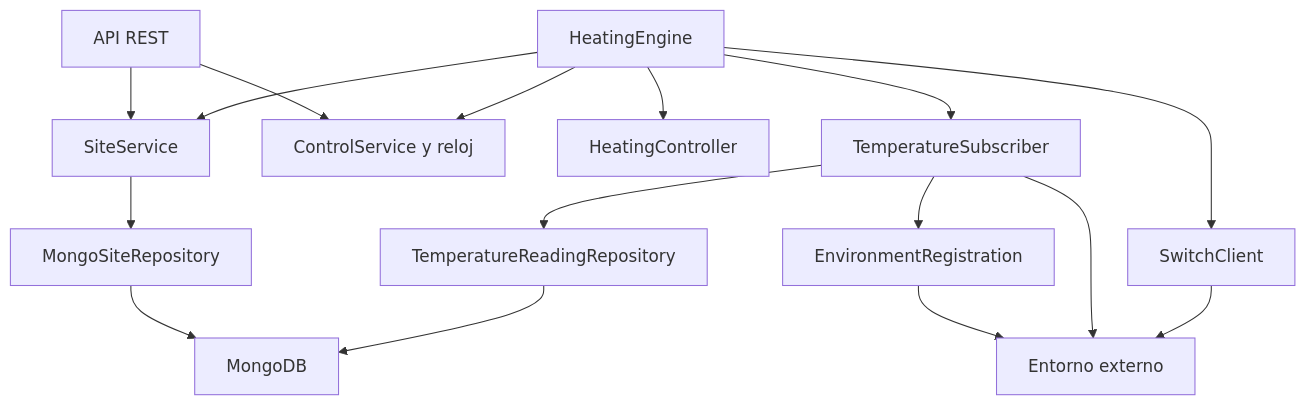
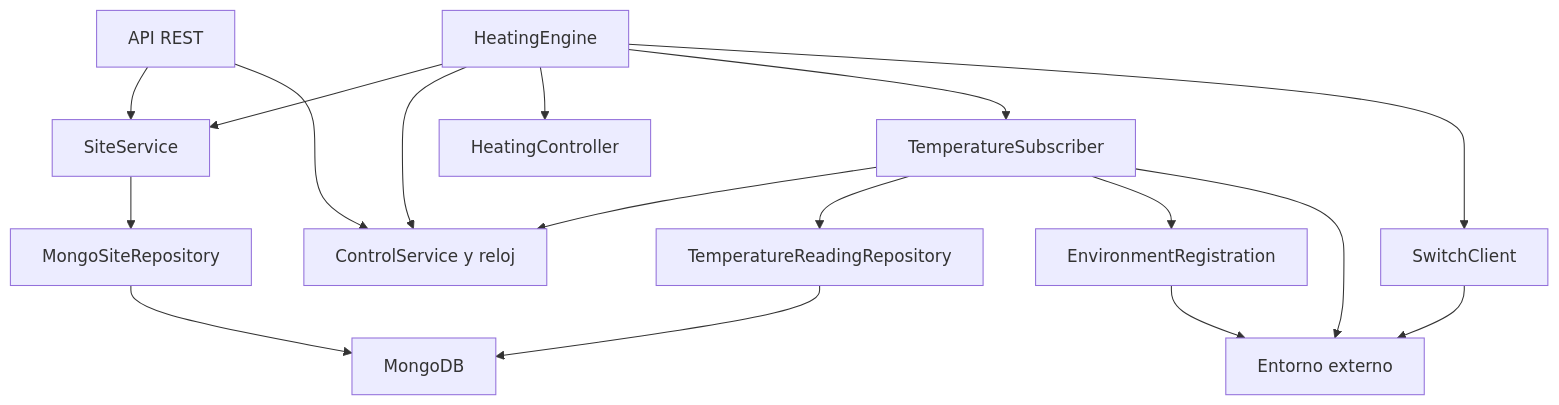
The first of 7 diagrams in docs/arquitectura/4mas1.md (BreanCasas/iiss-2026-grupo-1), drawn with Mermaid before and after one commit. The commit also changed other lines of this file and 119 other files, not shown here.

````diff
--- a/docs/arquitectura/4mas1.md
+++ b/docs/arquitectura/4mas1.md
@@ -15,18 +15,19 @@
 ```mermaid
 flowchart TD
     API["API REST"] --> SITE["SiteService"]
     API --> CONTROL["ControlService y reloj"]
     SITE --> CONFIG["MongoSiteRepository"]
     CONFIG --> DB["MongoDB"]
     ENGINE["HeatingEngine"] --> SITE
     ENGINE --> CONTROL
     ENGINE --> CORE["HeatingController"]
     ENGINE --> MQTT["TemperatureSubscriber"]
     ENGINE --> SWITCH["SwitchClient"]
+    MQTT --> CONTROL
     MQTT --> READINGS["TemperatureReadingRepository"]
     READINGS --> DB
     MQTT --> REG["EnvironmentRegistration"]
     REG --> ENV["Entorno externo"]
     MQTT --> ENV
     SWITCH --> ENV
 ```
````
